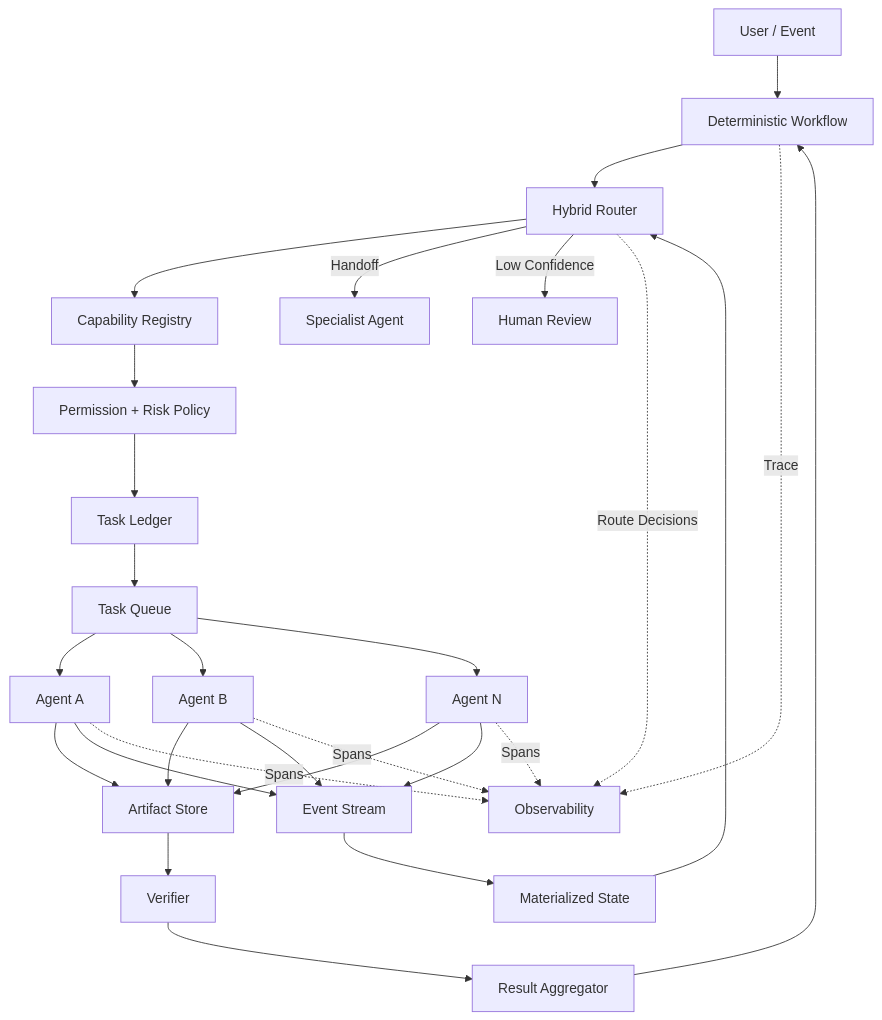
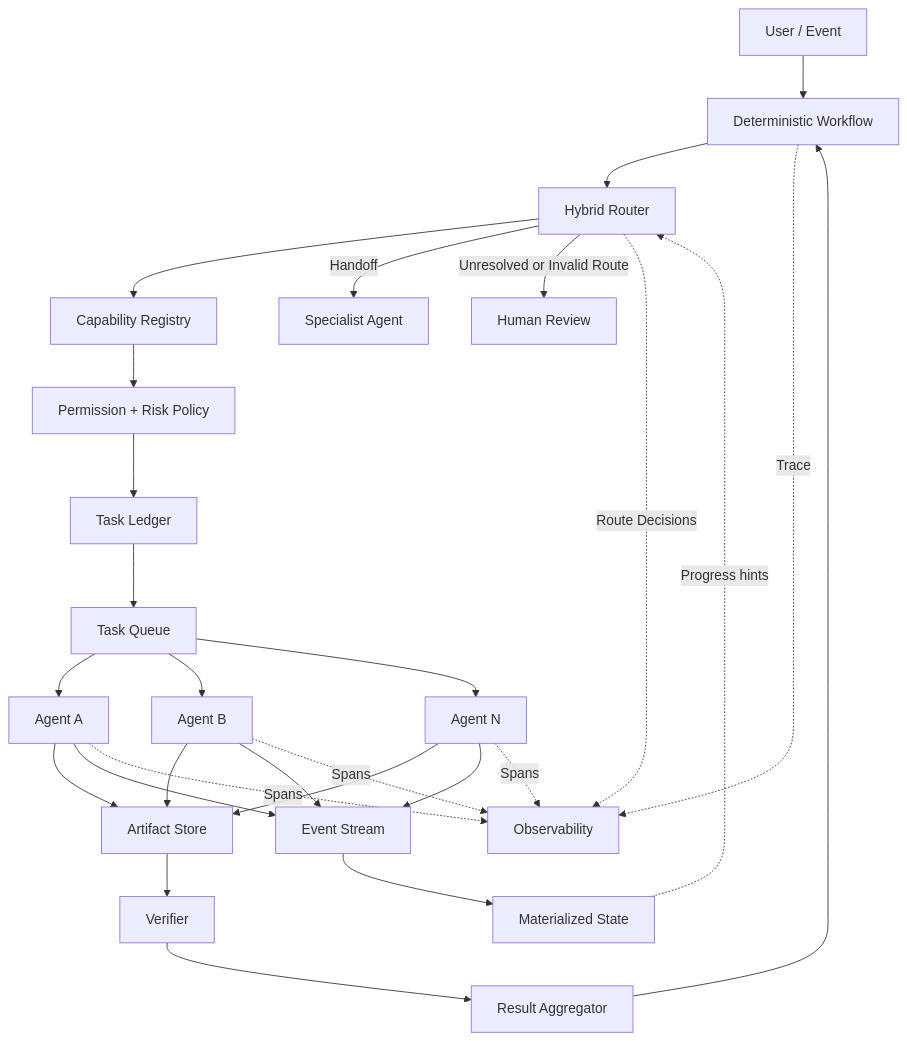
Before and after one commit to oneleaveknowsthefall/awesome-ai-roadmap: diagram 24 of 24 in docs/agent/04-multi-agent/13-multi-agent-coordination.md, drawn with Mermaid. The commit also changed other lines of this file and 50 other files, not shown here.

````diff
--- a/docs/agent/04-multi-agent/13-multi-agent-coordination.md
+++ b/docs/agent/04-multi-agent/13-multi-agent-coordination.md
@@ -1219,37 +1281,37 @@
 ```mermaid
 flowchart TB
     INPUT[User / Event] --> WF[Deterministic Workflow]
     WF --> ROUTER[Hybrid Router]
 
     ROUTER --> REG[Capability Registry]
     REG --> POLICY[Permission + Risk Policy]
     POLICY --> LEDGER[Task Ledger]
 
     LEDGER --> QUEUE[Task Queue]
     QUEUE --> A1[Agent A]
     QUEUE --> A2[Agent B]
     QUEUE --> AN[Agent N]
 
     A1 --> ART[Artifact Store]
     A2 --> ART
     AN --> ART
 
     A1 --> EVENTS[Event Stream]
     A2 --> EVENTS
     AN --> EVENTS
 
     EVENTS --> STATE[Materialized State]
-    STATE --> ROUTER
+    STATE -.Progress hints.-> ROUTER
     ART --> VERIFY[Verifier]
     VERIFY --> JOIN[Result Aggregator]
     JOIN --> WF
 
     ROUTER -->|Handoff| SPECIAL[Specialist Agent]
-    ROUTER -->|Low Confidence| HUMAN[Human Review]
+    ROUTER -->|Unresolved or Invalid Route| HUMAN[Human Review]
 
     WF -.Trace.-> OBS[Observability]
     ROUTER -.Route Decisions.-> OBS
     A1 -.Spans.-> OBS
     A2 -.Spans.-> OBS
     AN -.Spans.-> OBS
 ```
````
